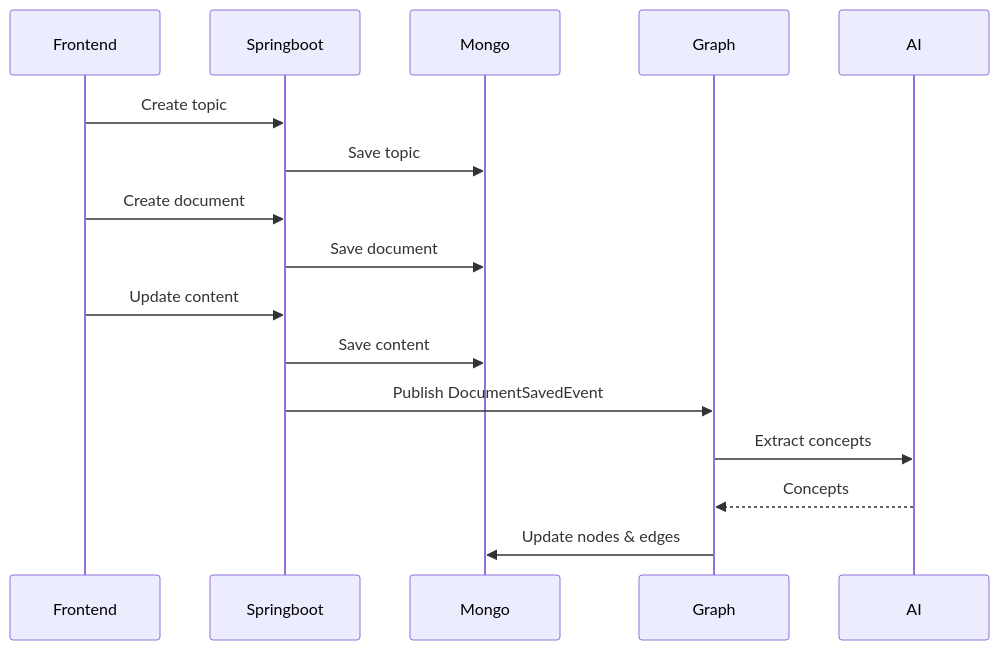
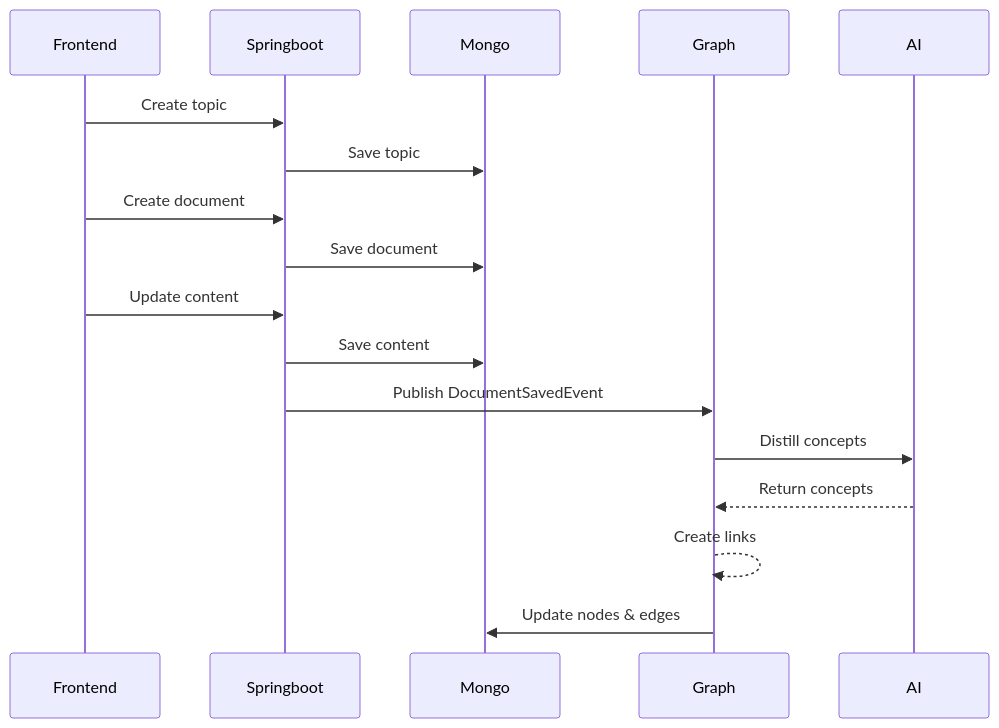
The third of 5 diagrams in README.md (l-quincy01/docstack), drawn with Mermaid before and after one commit. The commit also changed other lines of this file, not shown here.

````diff
--- a/README.md
+++ b/README.md
@@ -165,22 +176,23 @@
 ```mermaid
 sequenceDiagram
     participant FE as Frontend
     participant Springboot
     participant Mongo
     participant Graph
     participant AI
 
     FE->>Springboot: Create topic
     Springboot->>Mongo: Save topic
 
     FE->>Springboot: Create document
     Springboot->>Mongo: Save document
 
     FE->>Springboot: Update content
     Springboot->>Mongo: Save content
 
     Springboot->>Graph: Publish DocumentSavedEvent
-    Graph->>AI: Extract concepts
-    AI-->>Graph: Concepts
+    Graph->>AI: Distill concepts
+    AI-->>Graph: Return concepts
+    Graph-->>Graph: Create links
     Graph->>Mongo: Update nodes & edges
 ```
````
